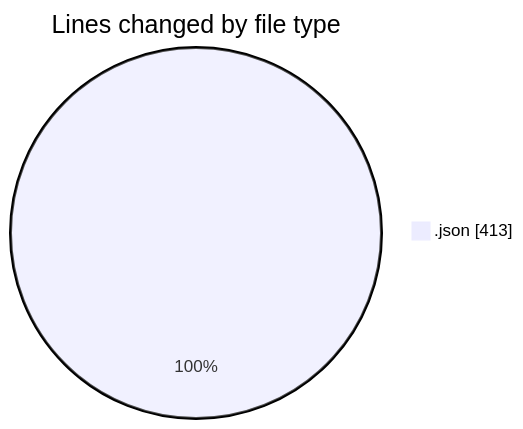
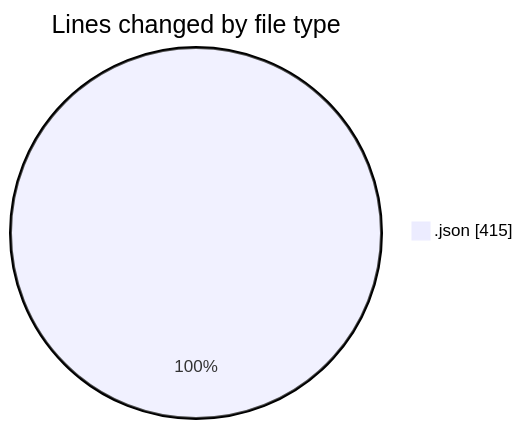
One commit to EIIisD/code-tracking changed the first of 2 diagrams in 2025-08-03/macrowhisper/README.md. Above: the diagram before and after it, drawn with Mermaid. The commit also changed other lines of this file and 1 other file, not shown here.

````diff
--- a/2025-08-03/macrowhisper/README.md
+++ b/2025-08-03/macrowhisper/README.md
@@ -21,5 +21,5 @@
 ```mermaid
 pie showData
 title Lines changed by file type
-".json" : 413
+".json" : 415
 ```
````
